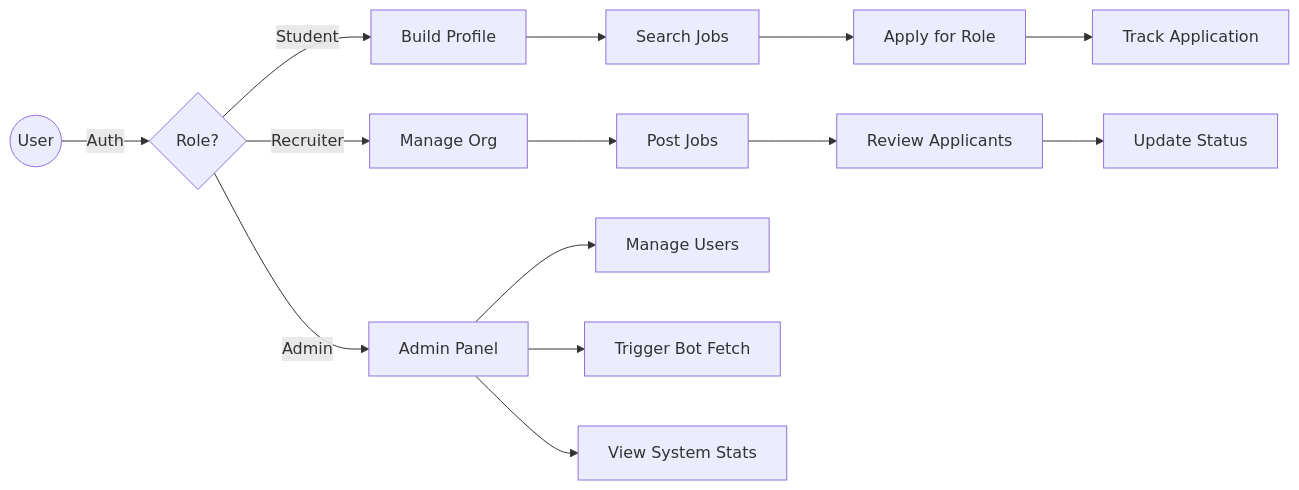
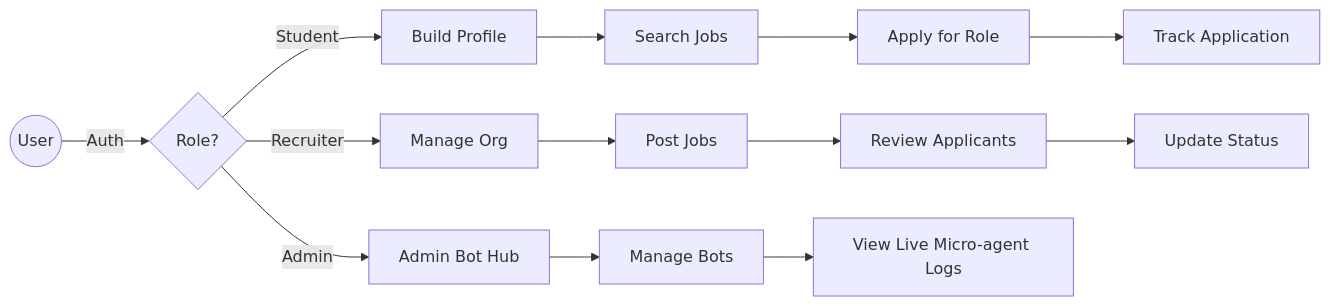
The first of 2 diagrams in README.md (soumik2441139/hackathon), drawn with Mermaid before and after one commit. The commit also changed other lines of this file and 1 other file, not shown here.

First line of the commit message:
docs: update README and .gitignore with complete AI bot ecosystem architecture

````diff
--- a/README.md
+++ b/README.md
@@ -40,18 +46,17 @@
 ```mermaid
 graph LR
     User((User)) -->|Auth| Dashboard{Role?}
     Dashboard -->|Student| S_Profile["Build Profile"]
     S_Profile --> S_Search["Search Jobs"]
     S_Search --> S_Apply["Apply for Role"]
     S_Apply --> S_Track["Track Application"]
     
     Dashboard -->|Recruiter| R_Org["Manage Org"]
     R_Org --> R_Post["Post Jobs"]
     R_Post --> R_Review["Review Applicants"]
     R_Review --> R_Status["Update Status"]
     
-    Dashboard -->|Admin| A_Panel["Admin Panel"]
-    A_Panel --> A_Users["Manage Users"]
-    A_Panel --> A_Bot["Trigger Bot Fetch"]
-    A_Panel --> A_Stats["View System Stats"]
+    Dashboard -->|Admin| A_Panel["Admin Bot Hub"]
+    A_Panel --> A_Manage["Manage Bots"]
+    A_Manage --> A_Logs["View Live Micro-agent Logs"]
 ```
````
